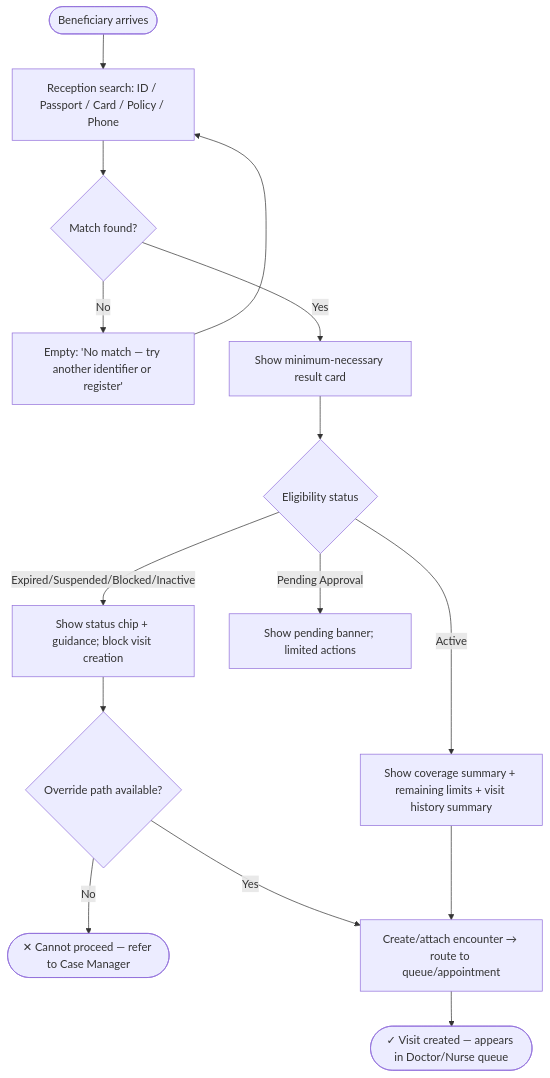
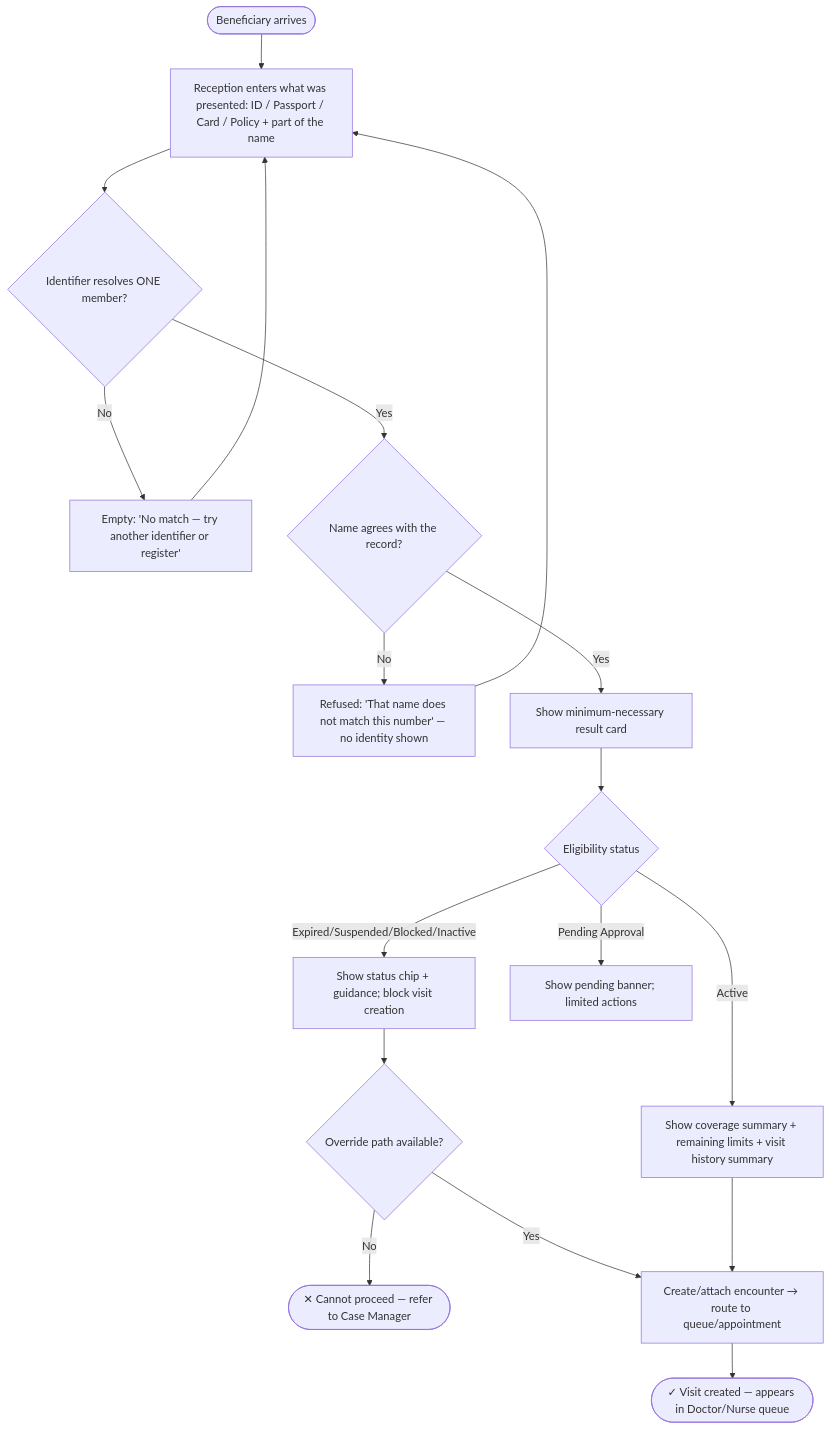
Before and after one commit to MohabFikry/HBMP: the second of 8 diagrams in HBMP-Design/13-ux-flows.md, drawn with Mermaid. The commit also changed other lines of this file and 17 other files, not shown here.

````diff
--- a/HBMP-Design/13-ux-flows.md
+++ b/HBMP-Design/13-ux-flows.md
@@ -42,16 +42,18 @@
 ```mermaid
 flowchart TD
-    A([Beneficiary arrives]) --> B[Reception search: ID / Passport / Card / Policy / Phone]
-    B --> C{Match found?}
+    A([Beneficiary arrives]) --> B[Reception enters what was presented: ID / Passport / Card / Policy + part of the name]
+    B --> C{Identifier resolves ONE member?}
     C -- No --> C1[Empty: 'No match — try another identifier or register'] --> B
-    C -- Yes --> D[Show minimum-necessary result card]
+    C -- Yes --> CN{Name agrees with the record?}
+    CN -- No --> CN1[Refused: 'That name does not match this number' — no identity shown] --> B
+    CN -- Yes --> D[Show minimum-necessary result card]
     D --> E{Eligibility status}
     E -- Active --> F[Show coverage summary + remaining limits + visit history summary]
     E -- Expired/Suspended/Blocked/Inactive --> G[Show status chip + guidance; block visit creation]
     G --> G1{Override path available?}
     G1 -- No --> GR([✕ Cannot proceed — refer to Case Manager])
     G1 -- Yes --> H
     E -- Pending Approval --> P[Show pending banner; limited actions]
     F --> H[Create/attach encounter → route to queue/appointment]
     H --> I([✓ Visit created — appears in Doctor/Nurse queue])
 ```
````
